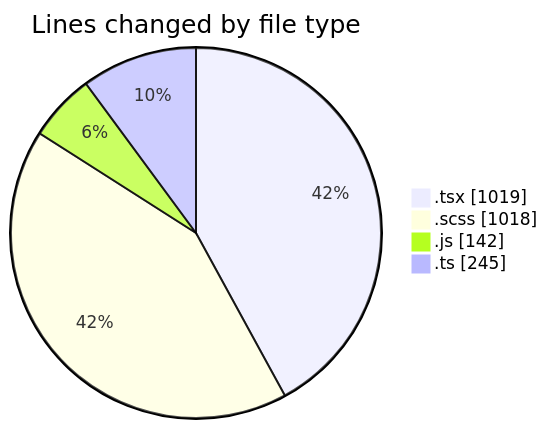
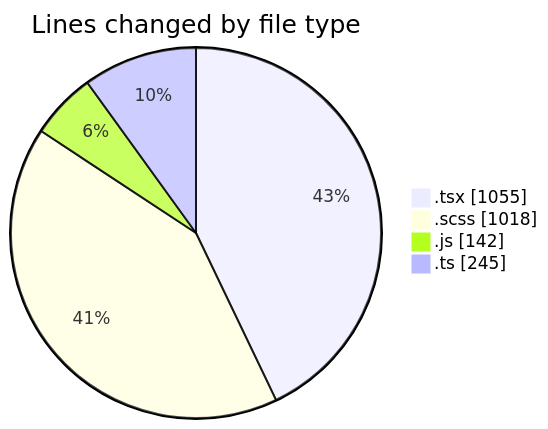
The first of 2 diagrams in 2026-03-25/cda/README.md (momahboobian/code-tracking), drawn with Mermaid before and after one commit. The commit also changed other lines of this file and 1 other file, not shown here.

````diff
--- a/2026-03-25/cda/README.md
+++ b/2026-03-25/cda/README.md
@@ -23,8 +23,8 @@
 ```mermaid
 pie showData
 title Lines changed by file type
-".tsx" : 1019
+".tsx" : 1055
 ".scss" : 1018
 ".js" : 142
 ".ts" : 245
 ```
````
